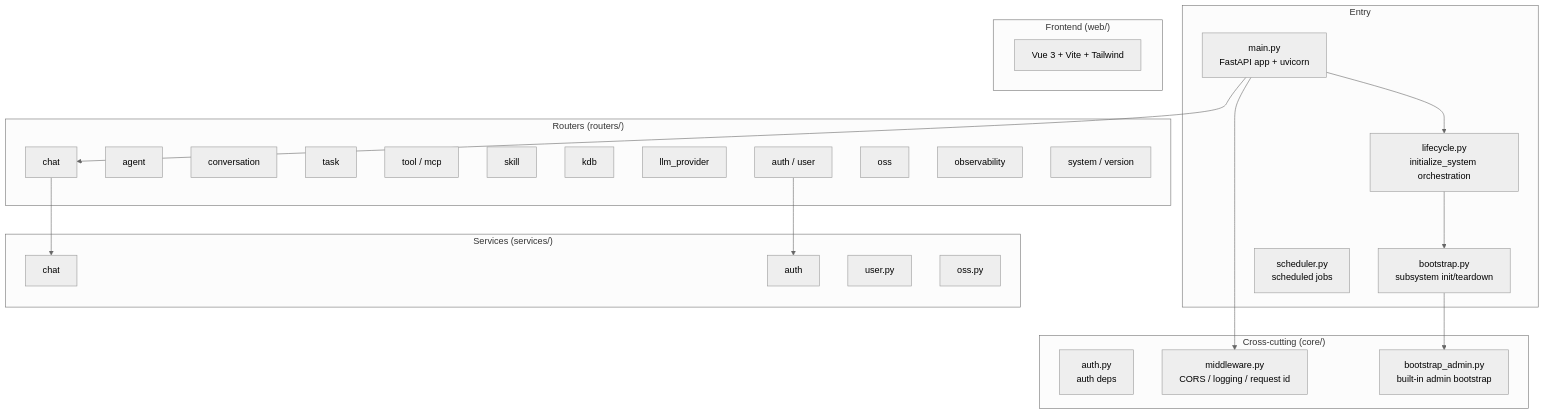
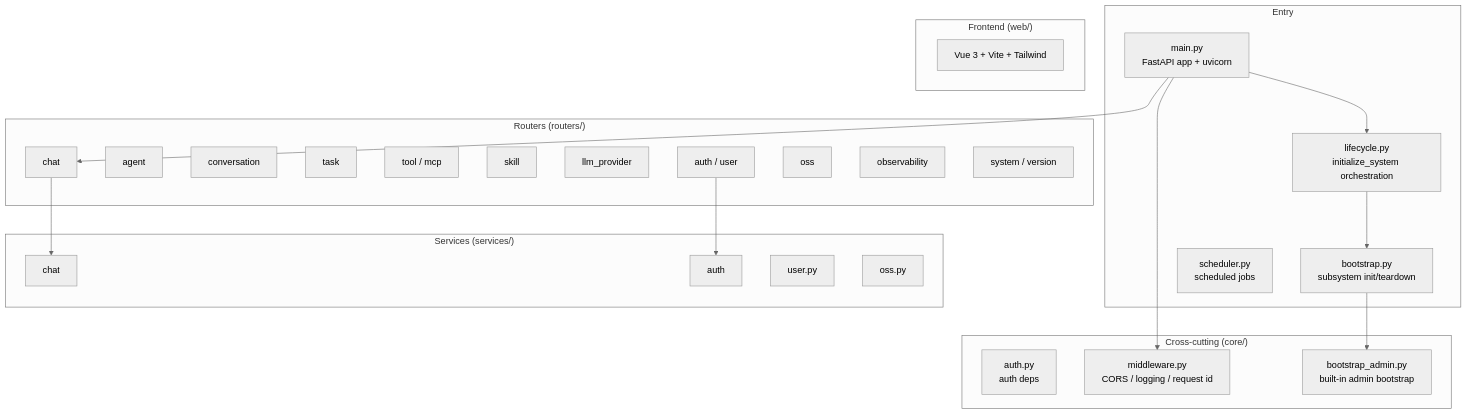
One commit to ZHangZHengEric/Sage changed the first of 5 diagrams in docs/en/architecture/ARCHITECTURE_APP_SERVER.md. Above: the diagram before and after it, drawn with Mermaid (neutral theme). The commit also changed other lines of this file and 111 other files, not shown here.

````diff
--- a/docs/en/architecture/ARCHITECTURE_APP_SERVER.md
+++ b/docs/en/architecture/ARCHITECTURE_APP_SERVER.md
@@ -19,49 +19,48 @@
 ```mermaid
 flowchart TB
     subgraph Entry
         Main[main.py<br/>FastAPI app + uvicorn]
         Boot[bootstrap.py<br/>subsystem init/teardown]
         Life[lifecycle.py<br/>initialize_system orchestration]
         Sched[scheduler.py<br/>scheduled jobs]
     end
 
     subgraph G_Core ["Cross-cutting (core/)"]
         Auth[auth.py<br/>auth deps]
         Mid[middleware.py<br/>CORS / logging / request id]
         AdminBoot[bootstrap_admin.py<br/>built-in admin bootstrap]
     end
 
     subgraph G_Routers ["Routers (routers/)"]
         RChat[chat]
         RAgent[agent]
         RConv[conversation]
         RTask[task]
         RTool[tool / mcp]
         RSkill[skill]
-        RKdb[kdb]
         RLLM[llm_provider]
         RAuth[auth / user]
         ROss[oss]
         RObs[observability]
         RSys[system / version]
     end
 
     subgraph G_Services ["Services (services/)"]
         SChat[chat]
         SAuth[auth]
         SUser[user.py]
         SOss[oss.py]
     end
 
     subgraph G_Web ["Frontend (web/)"]
         WebSrc[Vue 3 + Vite + Tailwind]
     end
 
     Main --> Mid
     Main --> Life
     Main --> RChat
     RChat --> SChat
     RAuth --> SAuth
     Life --> Boot
     Boot --> AdminBoot
 ```
````
